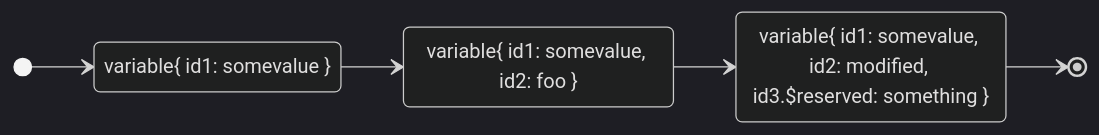
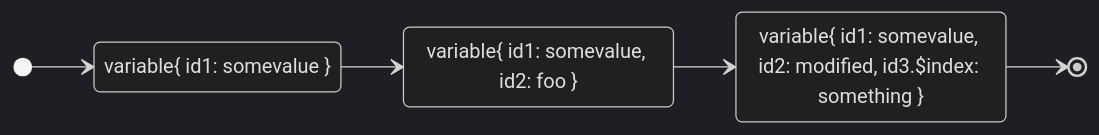
The second of 3 diagrams in README.md (crowleyfelix/go-pipeline), drawn with Mermaid (dark theme) before and after one commit. The commit also changed other lines of this file and 6 other files, not shown here.

````diff
--- a/README.md
+++ b/README.md
@@ -28,12 +30,12 @@
 ```mermaid
 stateDiagram
     direction LR
     state "variable{ id1: somevalue }" as variable1
     state "variable{ id1: somevalue, id2: foo }" as variable2
-    state "variable{ id1: somevalue, id2: modified, id3.$reserved: something }" as variable3
+    state "variable{ id1: somevalue, id2: modified, id3.$index: something }" as variable3
 
     [*] --> variable1
     variable1 --> variable2
     variable2 --> variable3
     variable3 --> [*]
 ```
````
